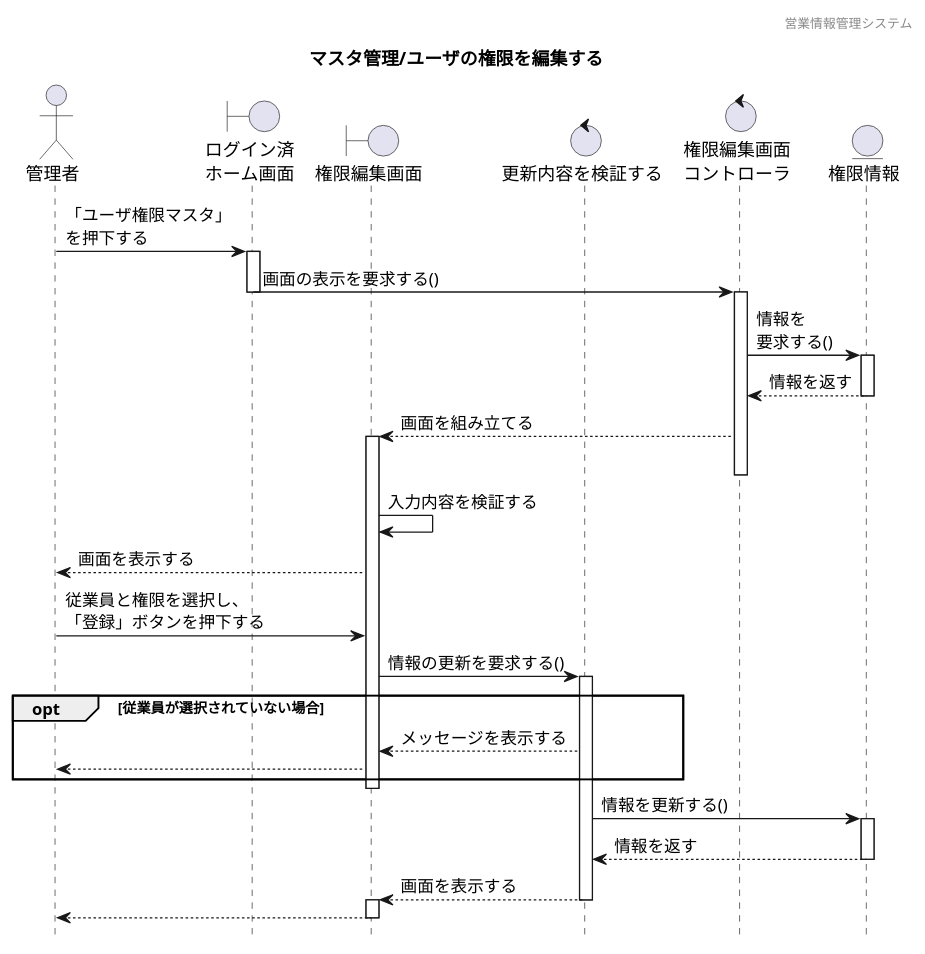
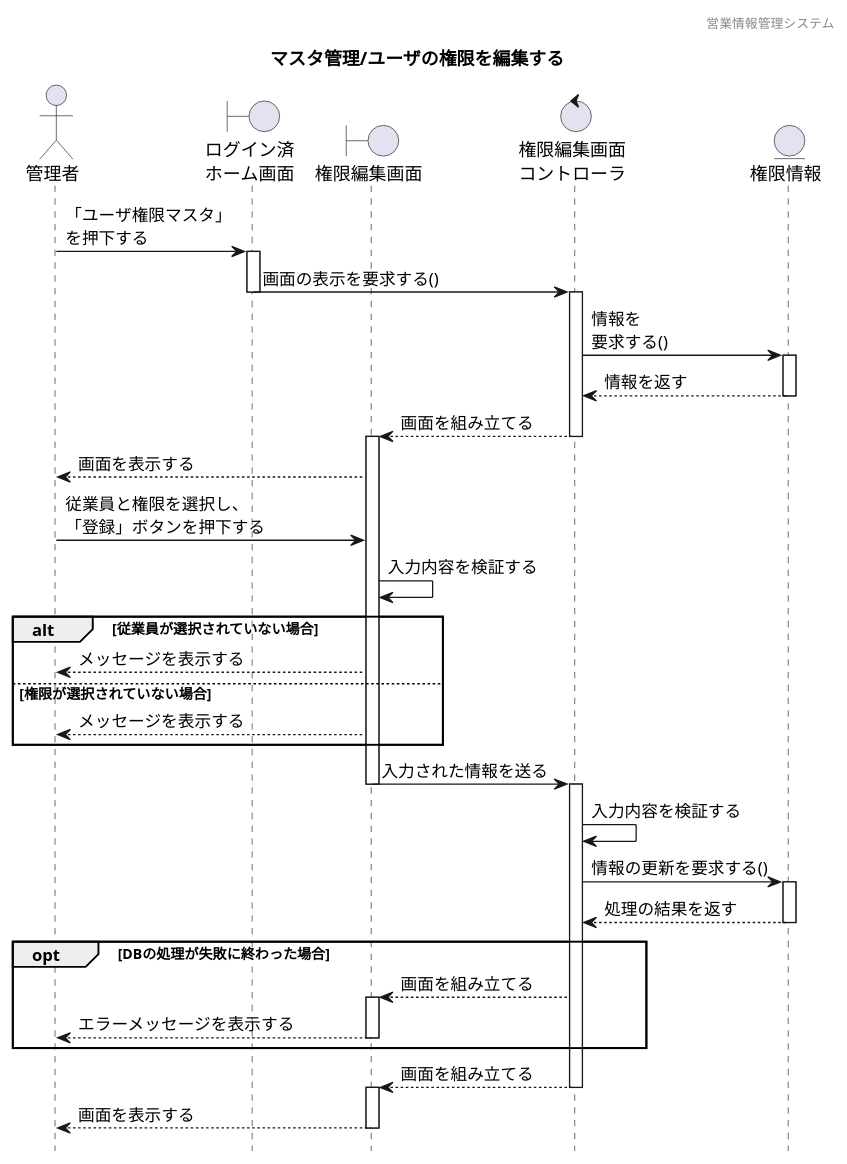
One commit to HaruShim/Sotuken changed the diagram in 各種設計書/4シーケンス図/マスタ管理/3.ユーザ権限マスタ/ユーザ権限編集.wsd. Above: the diagram before and after it, drawn with PlantUML.

```diff
--- a/各種設計書/4シーケンス図/マスタ管理/3.ユーザ権限マスタ/ユーザ権限編集.wsd
+++ b/各種設計書/4シーケンス図/マスタ管理/3.ユーザ権限マスタ/ユーザ権限編集.wsd
@@ -1,54 +1,60 @@
 @startuml sequence
 
 hide footbox
 header 営業情報管理システム
 title マスタ管理/ユーザの権限を編集する
 
 ' actor "" as 
 actor "管理者" as a1
 
 ' boundary "" as
 boundary "ログイン済\nホーム画面" as b1
 boundary "権限編集画面" as b2 
 
 ' control "" as
-control "更新内容を検証する" as c2
 control "権限編集画面\nコントローラ" as c4
 
 ' entity "" as
 entity "権限情報" as e1
 
 a1 -> b1:「ユーザ権限マスタ」\nを押下する
 activate b1
 b1 -> c4 : 画面の表示を要求する()
 deactivate b1
 activate c4
 c4 -> e1:情報を\n要求する()
 activate e1
 e1 --> c4:情報を返す
 deactivate e1
-' c1 
 c4 --> b2:画面を組み立てる
+deactivate c4
 activate b2
-deactivate c4
-b2 -> b2:入力内容を検証する
 b2 --> a1 : 画面を表示する
 a1 -> b2:従業員と権限を選択し、\n「登録」ボタンを押下する
-b2 -> c2:情報の更新を要求する()
-activate c2
-opt 従業員が選択されていない場合
-c2 --> b2 : メッセージを表示する
-b2 --> a1
+b2 -> b2:入力内容を検証する
+alt 従業員が選択されていない場合
+b2 --> a1 : メッセージを表示する
+else 権限が選択されていない場合
+b2 --> a1 : メッセージを表示する
 end
+b2 -> c4:入力された情報を送る
 deactivate b2
-c2 -> e1: 情報を更新する()
+activate c4
+c4 -> c4 : 入力内容を検証する
+c4 -> e1:情報の更新を要求する()
 activate e1
-e1 --> c2:情報を返す
+e1 --> c4 : 処理の結果を返す
 deactivate e1
-c2 --> b2: 画面を表示する
-deactivate c2
+opt DBの処理が失敗に終わった場合
+c4 --> b2 : 画面を組み立てる
 activate b2
-b2 --> a1
+b2 --> a1 : エラーメッセージを表示する
+deactivate b2
+end
+c4 --> b2 : 画面を組み立てる
+deactivate c4
+activate b2
+b2 --> a1:画面を表示する
 deactivate b2
 
 @enduml
```
